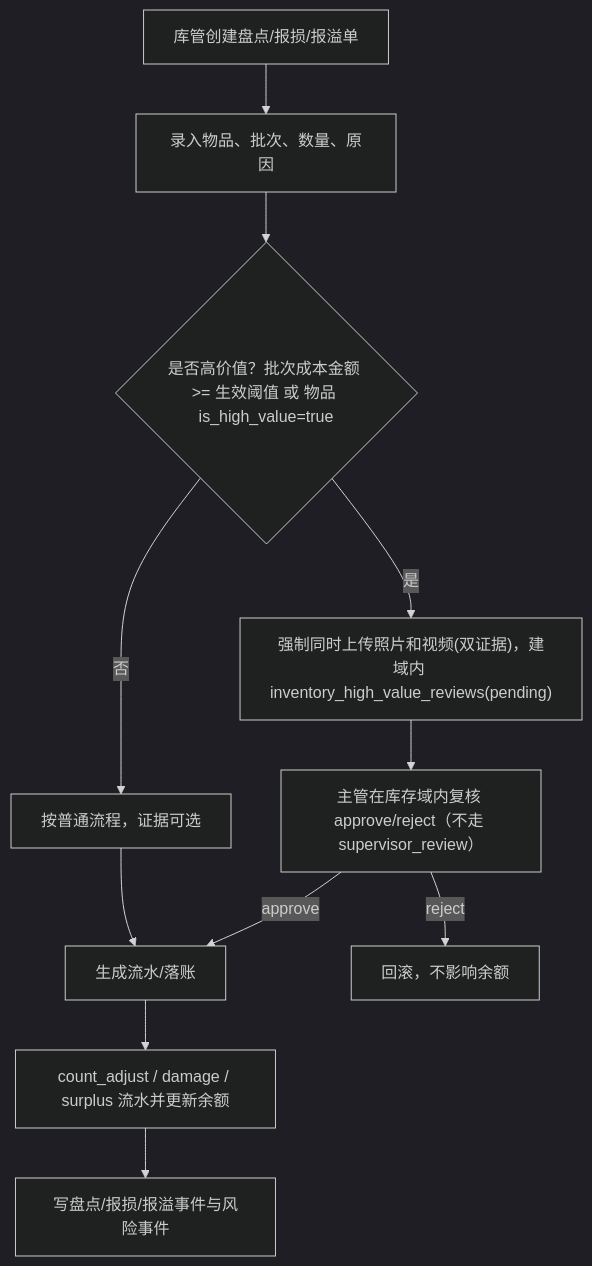
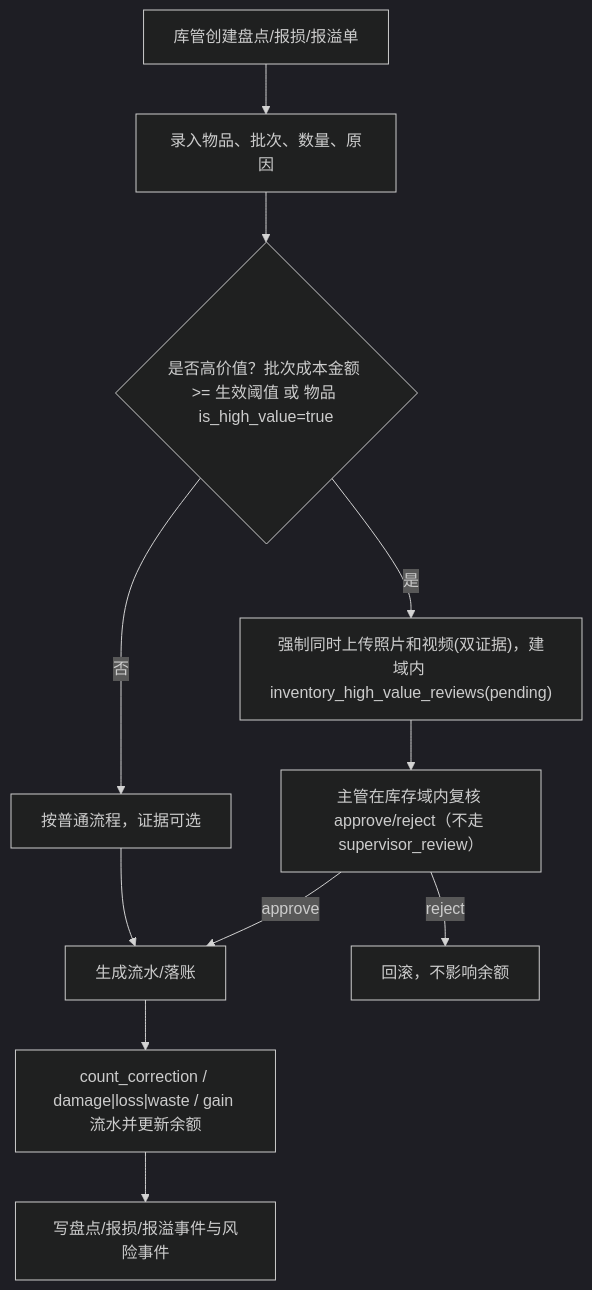
One commit to jxh1979/mall changed the fifth of 5 diagrams in docs/supply-chain-inventory-development-design-v0.1.md. Above: the diagram before and after it, drawn with Mermaid (dark theme). The commit also changed other lines of this file and 281 other files, not shown here.

````diff
--- a/docs/supply-chain-inventory-development-design-v0.1.md
+++ b/docs/supply-chain-inventory-development-design-v0.1.md
@@ -300,13 +300,13 @@
 ```mermaid
 flowchart TD
   A["库管创建盘点/报损/报溢单"] --> B["录入物品、批次、数量、原因"]
   B --> C{"是否高价值？批次成本金额 >= 生效阈值 或 物品 is_high_value=true"}
   C -- 是 --> D["强制同时上传照片和视频(双证据)，建域内 inventory_high_value_reviews(pending)"]
   C -- 否 --> E["按普通流程，证据可选"]
   D --> D1["主管在库存域内复核 approve/reject（不走 supervisor_review）"]
   D1 -- approve --> F["生成流水/落账"]
   D1 -- reject --> R["回滚，不影响余额"]
   E --> F
-  F --> G["count_adjust / damage / surplus 流水并更新余额"]
+  F --> G["count_correction / damage|loss|waste / gain 流水并更新余额"]
   G --> H["写盘点/报损/报溢事件与风险事件"]
 ```
````
